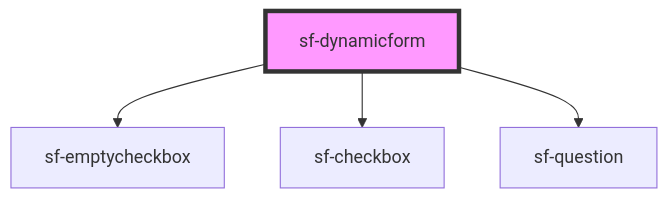
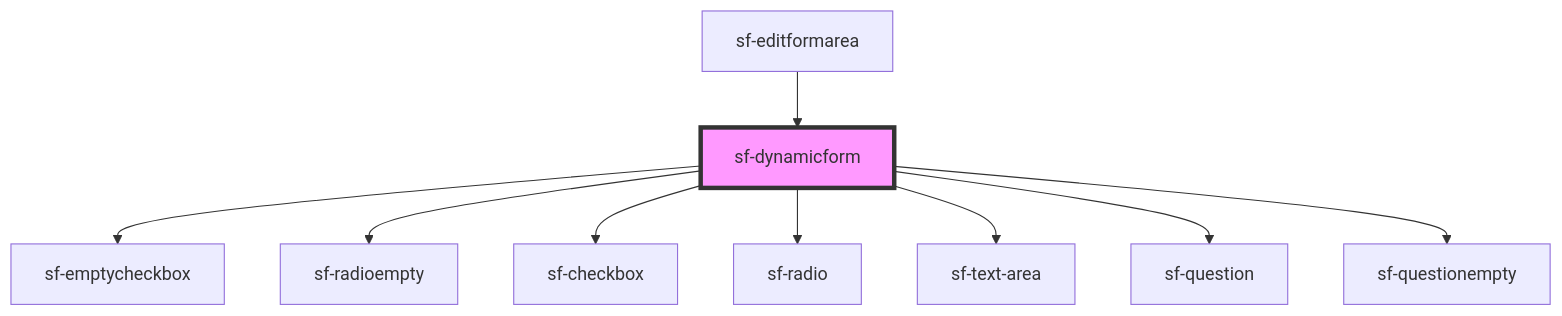
The diagram in fusion-opl/stencil-smartform-on-main/src/components/sf-dynamicform/readme.md (pxcemaker/SmartForms), drawn with Mermaid before and after one commit. The commit also changed other lines of this file and 6 other files, not shown here.

````diff
--- a/fusion-opl/stencil-smartform-on-main/src/components/sf-dynamicform/readme.md
+++ b/fusion-opl/stencil-smartform-on-main/src/components/sf-dynamicform/readme.md
@@ -21,7 +23,12 @@
 ```mermaid
 graph TD;
   sf-dynamicform --> sf-emptycheckbox
+  sf-dynamicform --> sf-radioempty
   sf-dynamicform --> sf-checkbox
+  sf-dynamicform --> sf-radio
+  sf-dynamicform --> sf-text-area
   sf-dynamicform --> sf-question
+  sf-dynamicform --> sf-questionempty
+  sf-editformarea --> sf-dynamicform
   style sf-dynamicform fill:#f9f,stroke:#333,stroke-width:4px
 ```
````
